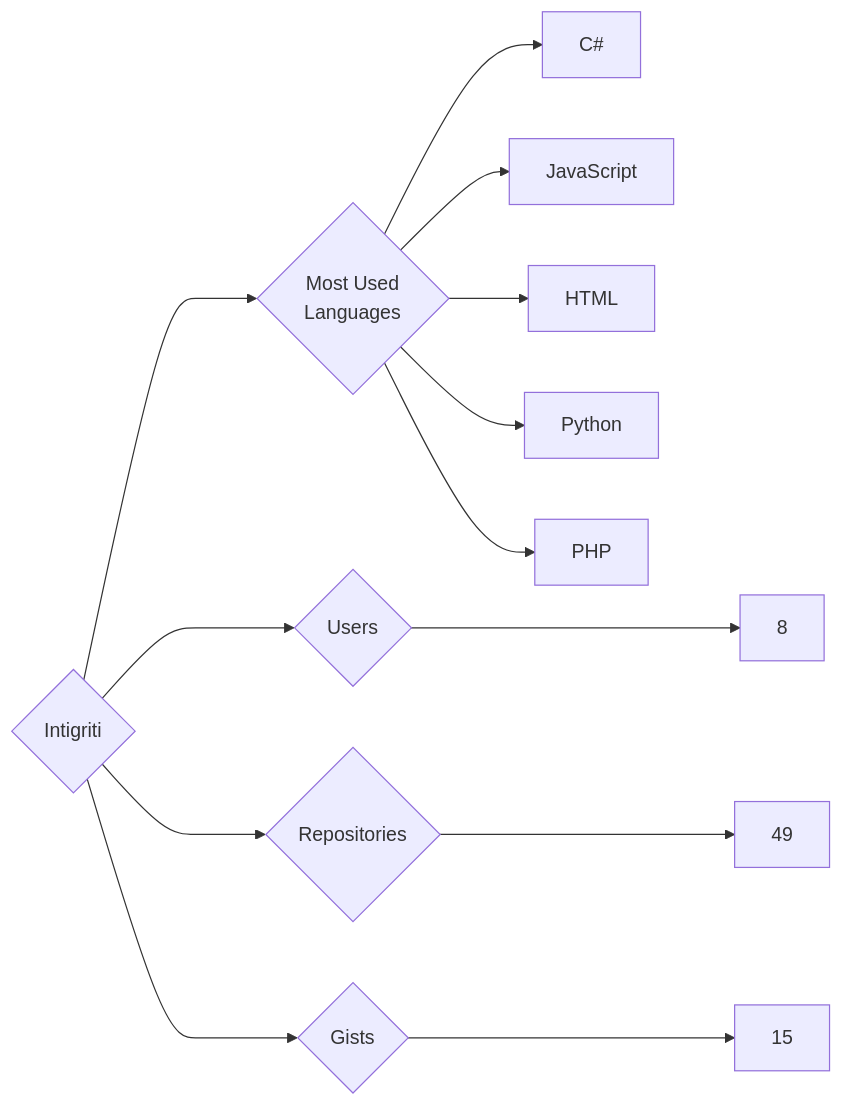
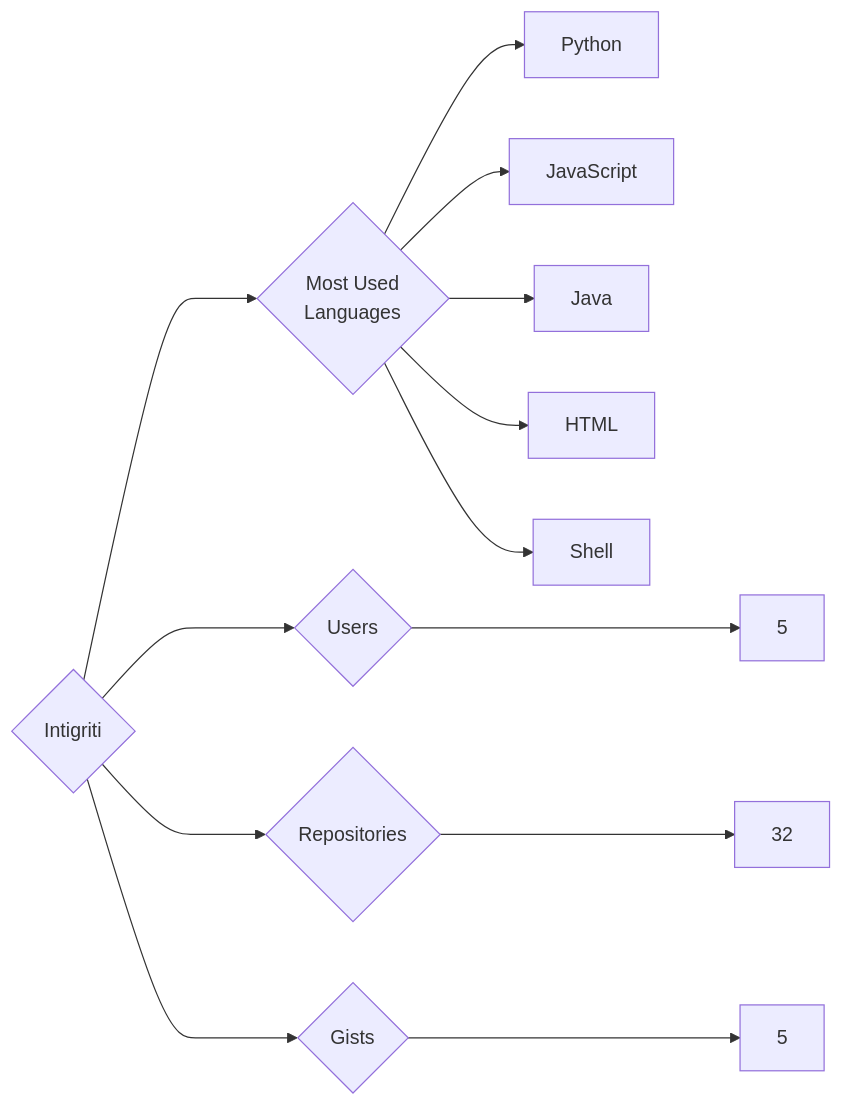
One commit to trickest/insiders changed the diagram in targets/Intigriti/README.md. Above: the diagram before and after it, drawn with Mermaid. The commit also changed 882 other files, not shown here.

````diff
--- a/targets/Intigriti/README.md
+++ b/targets/Intigriti/README.md
@@ -3,13 +3,13 @@
 ```mermaid
 graph LR
 COMPANY_NAME{Intigriti}
-COMPANY_NAME ---> U{Users} ---> UN[8]
-COMPANY_NAME ---> R{Repositories} ---> RN[49]
-COMPANY_NAME ---> G{Gists} ---> GN[15]
+COMPANY_NAME ---> U{Users} ---> UN[5]
+COMPANY_NAME ---> R{Repositories} ---> RN[32]
+COMPANY_NAME ---> G{Gists} ---> GN[5]
 COMPANY_NAME ---> ML{Most Used<br>Languages}
-ML --> C#[C#]
+ML --> Python[Python]
 ML --> JavaScript[JavaScript]
+ML --> Java[Java]
 ML --> HTML[HTML]
-ML --> Python[Python]
-ML --> PHP[PHP]
+ML --> Shell[Shell]
 ```
````
